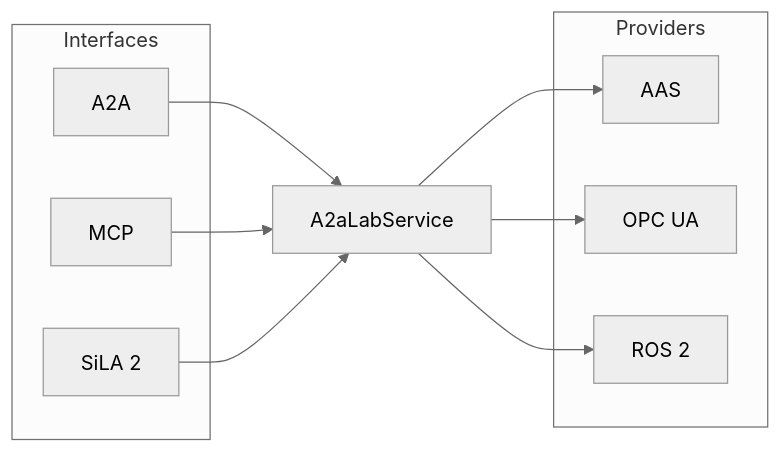
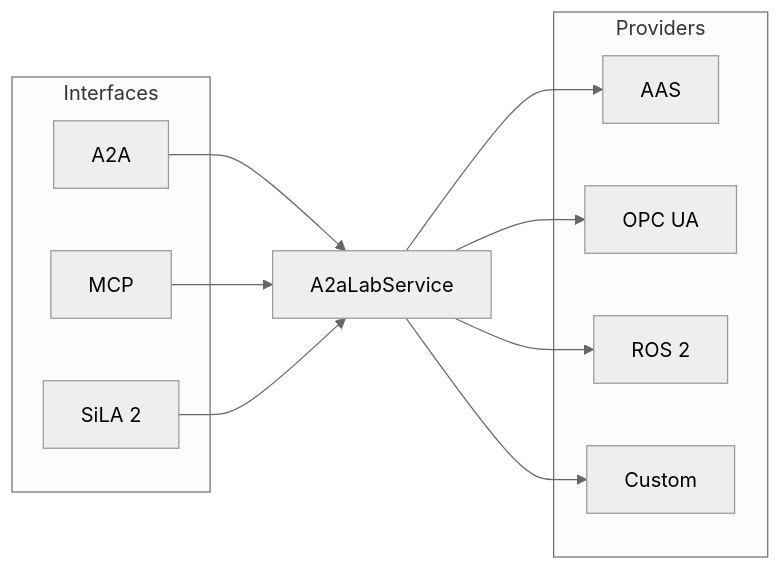
Before and after one commit to A3Analytics/a2a-lab-dev-kit-rs: the diagram in README.md, drawn with Mermaid (neutral theme). The commit also changed other lines of this file and 4 other files, not shown here.

Commit message:
Add Custom to the Wiki providers list.

````diff
--- a/README.md
+++ b/README.md
@@ -21,22 +21,24 @@
 ```mermaid
 flowchart LR
   accTitle: A2A-LAB devkit
-  accDescr: A2A, MCP, and SiLA 2 are interfaces to A2aLabService. A2aLabService uses AAS, OPC UA, and ROS 2 as providers.
+  accDescr: A2A, MCP, and SiLA 2 are interfaces to A2aLabService. A2aLabService uses AAS, OPC UA, ROS 2, and Custom as providers.
   subgraph interfaces [Interfaces]
     a2a["A2A"]
     mcp["MCP"]
     sila["SiLA 2"]
   end
   lab["A2aLabService"]
   subgraph providers [Providers]
     aas["AAS"]
     opc["OPC UA"]
     ros["ROS 2"]
+    custom["Custom"]
   end
   a2a --> lab
   mcp --> lab
   sila --> lab
   lab --> aas
   lab --> opc
   lab --> ros
+  lab --> custom
 ```
````
